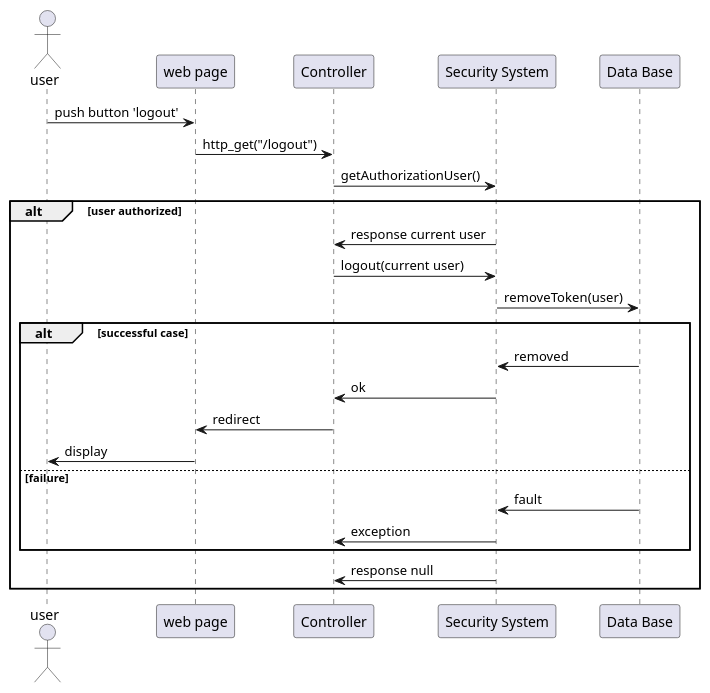
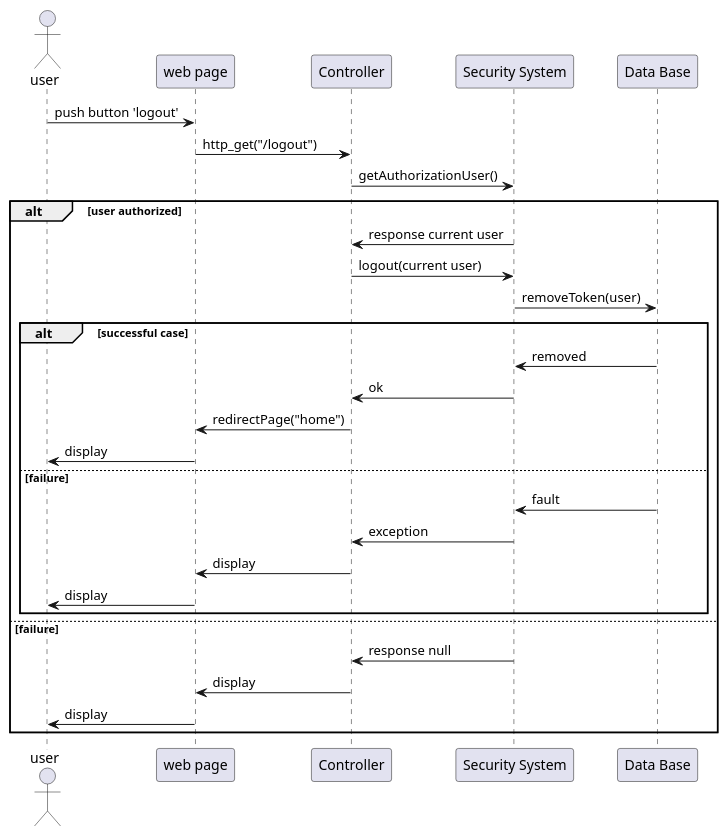
The diagram in UML/sequence diagramm/logout.puml (Pahoomich/nwchat), drawn with PlantUML before and after one commit. The commit also changed 3 other files, not shown here.

```diff
--- a/UML/sequence diagramm/logout.puml
+++ b/UML/sequence diagramm/logout.puml
@@ -1,37 +1,42 @@
 @startuml
 '
 '
 ' Implementation view
 '
 '
 
 actor user
 
 participant "web page" as wp
 participant Controller as c
 participant "Security System" as sec
 participant "Data Base" as db
 
 
 user -> wp : push button 'logout'
 wp -> c : http_get("/logout")
 c -> sec : getAuthorizationUser()
 alt user authorized
     sec -> c : response current user
     c -> sec : logout(current user)
     sec -> db : removeToken(user)
     alt successful case
         sec <- db : removed
         c <- sec : ok
-        wp <- c : redirect
+        wp <- c : redirectPage("home")
         user <- wp : display
     else failure
         sec <- db : fault
         c <- sec : exception
+        wp <- c : display
+        user <- wp : display
     end
 
+else failure
     sec -> c : response null
+    wp <- c : display
+    user <- wp : display
 
 end
 
 @enduml
```
